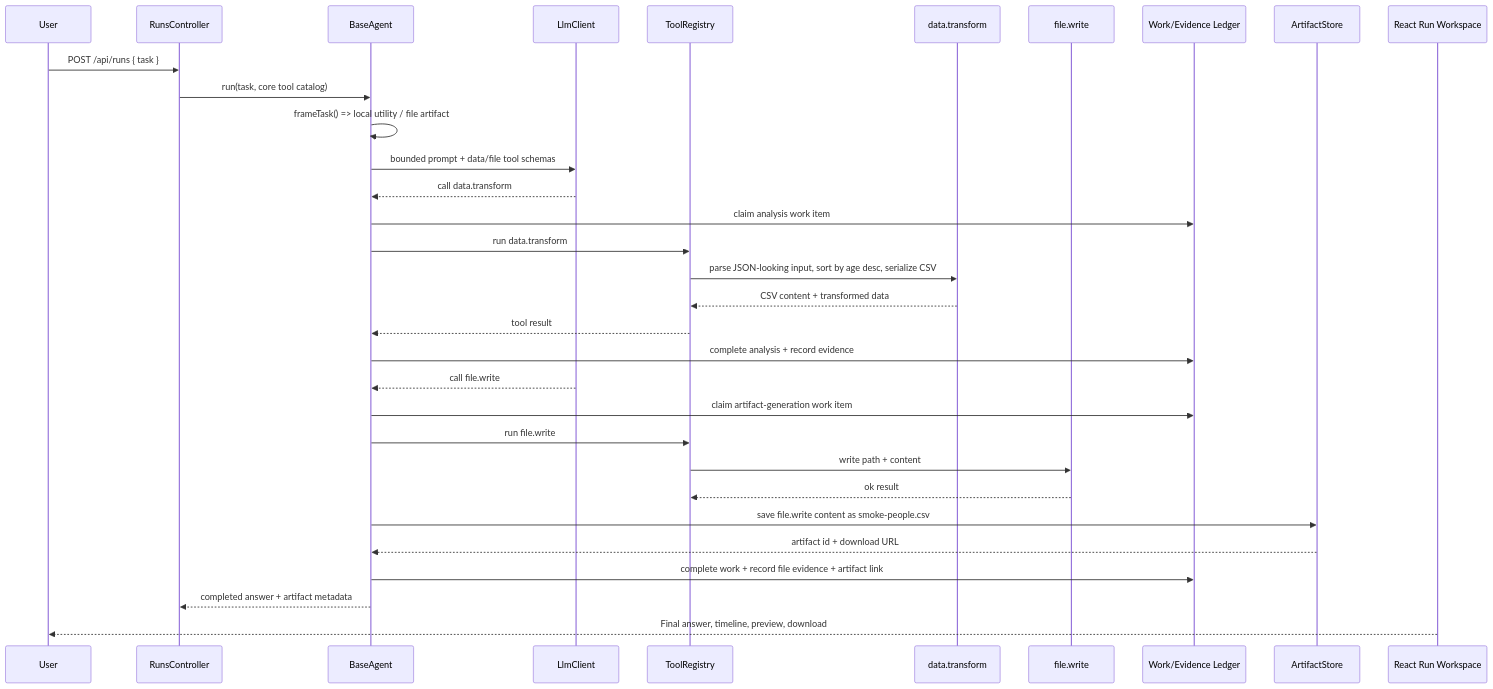
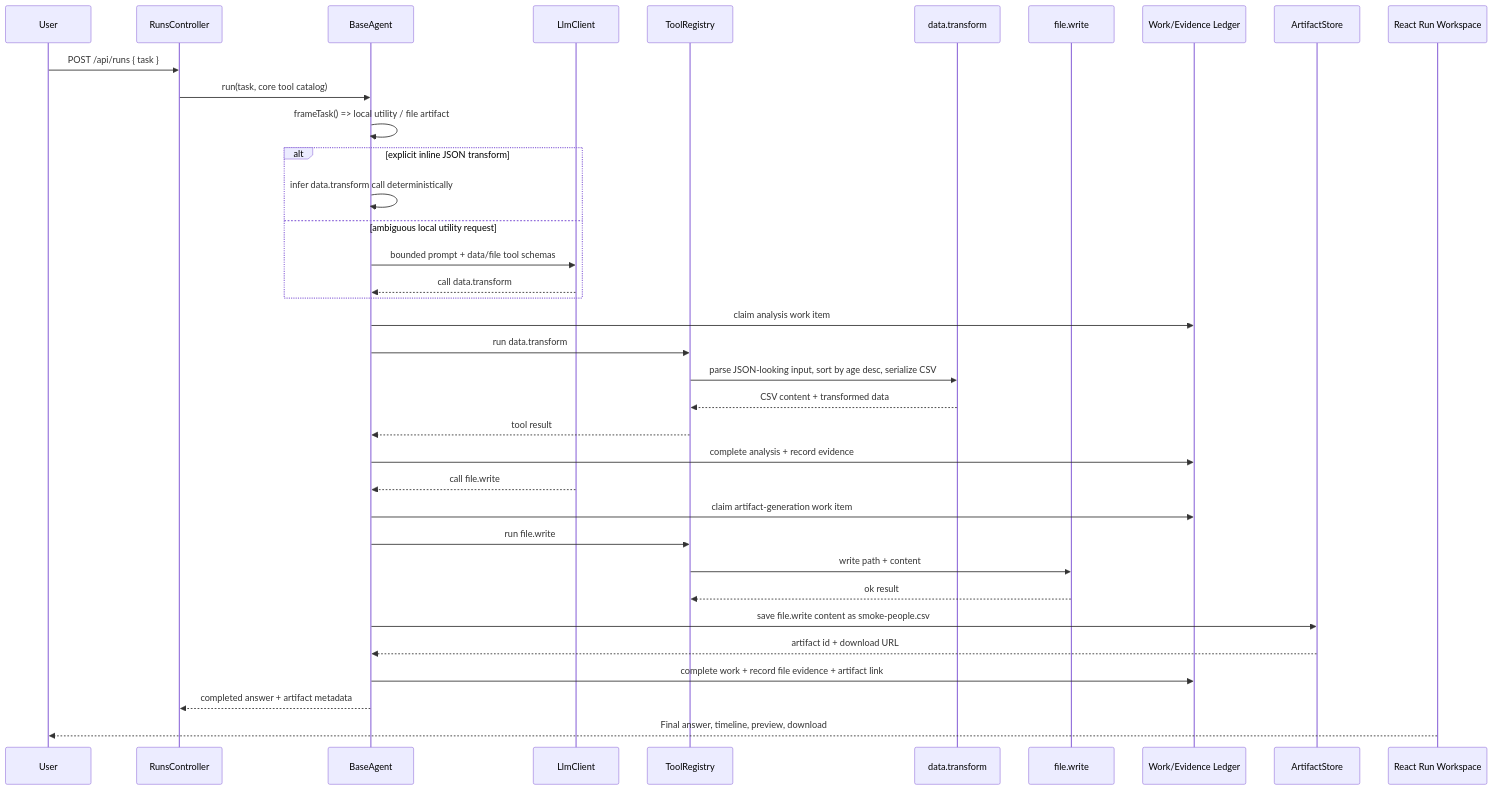
Before and after one commit to ruler47/agentic: the third of 4 diagrams in docs/current-architecture.md, drawn with Mermaid. The commit also changed other lines of this file and 11 other files, not shown here.

Commit message:
Speed up local utility runs

````diff
--- a/docs/current-architecture.md
+++ b/docs/current-architecture.md
@@ -167,35 +170,39 @@
 ```mermaid
 sequenceDiagram
   participant User
   participant API as RunsController
   participant Agent as BaseAgent
   participant LLM as LlmClient
   participant Tools as ToolRegistry
   participant Data as data.transform
   participant File as file.write
   participant Ledger as Work/Evidence Ledger
   participant Artifacts as ArtifactStore
   participant UI as React Run Workspace
 
   User->>API: POST /api/runs { task }
   API->>Agent: run(task, core tool catalog)
   Agent->>Agent: frameTask() => local utility / file artifact
-  Agent->>LLM: bounded prompt + data/file tool schemas
-  LLM-->>Agent: call data.transform
+  alt explicit inline JSON transform
+    Agent->>Agent: infer data.transform call deterministically
+  else ambiguous local utility request
+    Agent->>LLM: bounded prompt + data/file tool schemas
+    LLM-->>Agent: call data.transform
+  end
   Agent->>Ledger: claim analysis work item
   Agent->>Tools: run data.transform
   Tools->>Data: parse JSON-looking input, sort by age desc, serialize CSV
   Data-->>Tools: CSV content + transformed data
   Tools-->>Agent: tool result
   Agent->>Ledger: complete analysis + record evidence
   LLM-->>Agent: call file.write
   Agent->>Ledger: claim artifact-generation work item
   Agent->>Tools: run file.write
   Tools->>File: write path + content
   File-->>Tools: ok result
   Agent->>Artifacts: save file.write content as smoke-people.csv
   Artifacts-->>Agent: artifact id + download URL
   Agent->>Ledger: complete work + record file evidence + artifact link
   Agent-->>API: completed answer + artifact metadata
   UI-->>User: Final answer, timeline, preview, download
 ```
````
